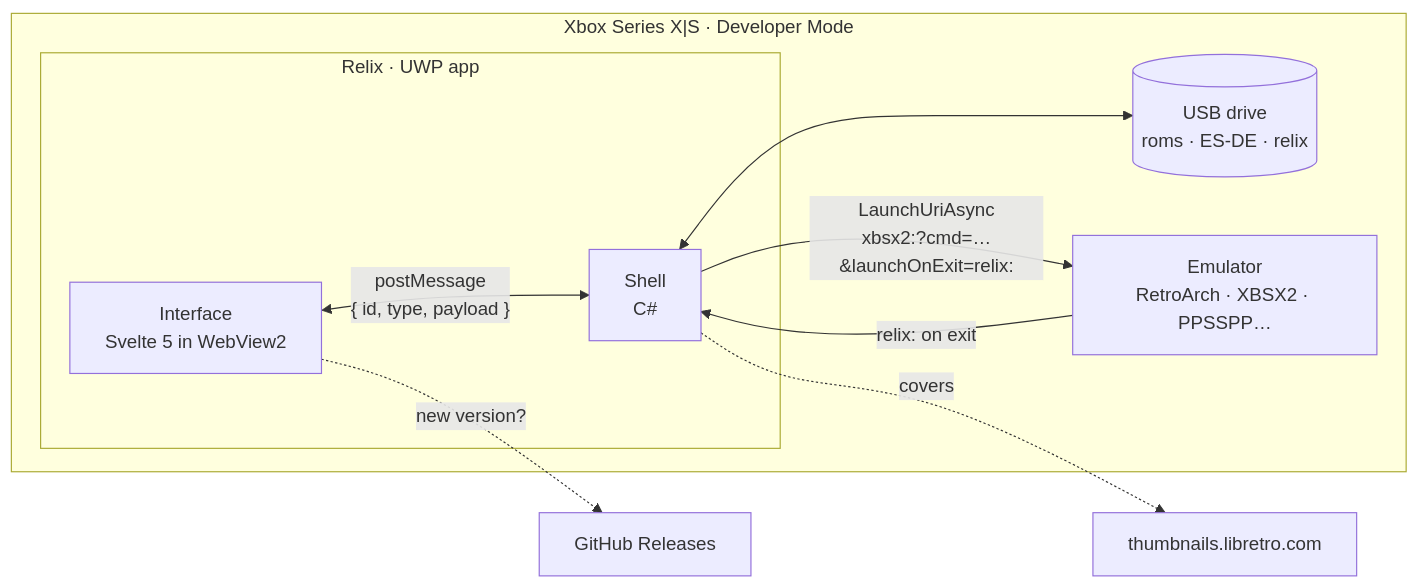
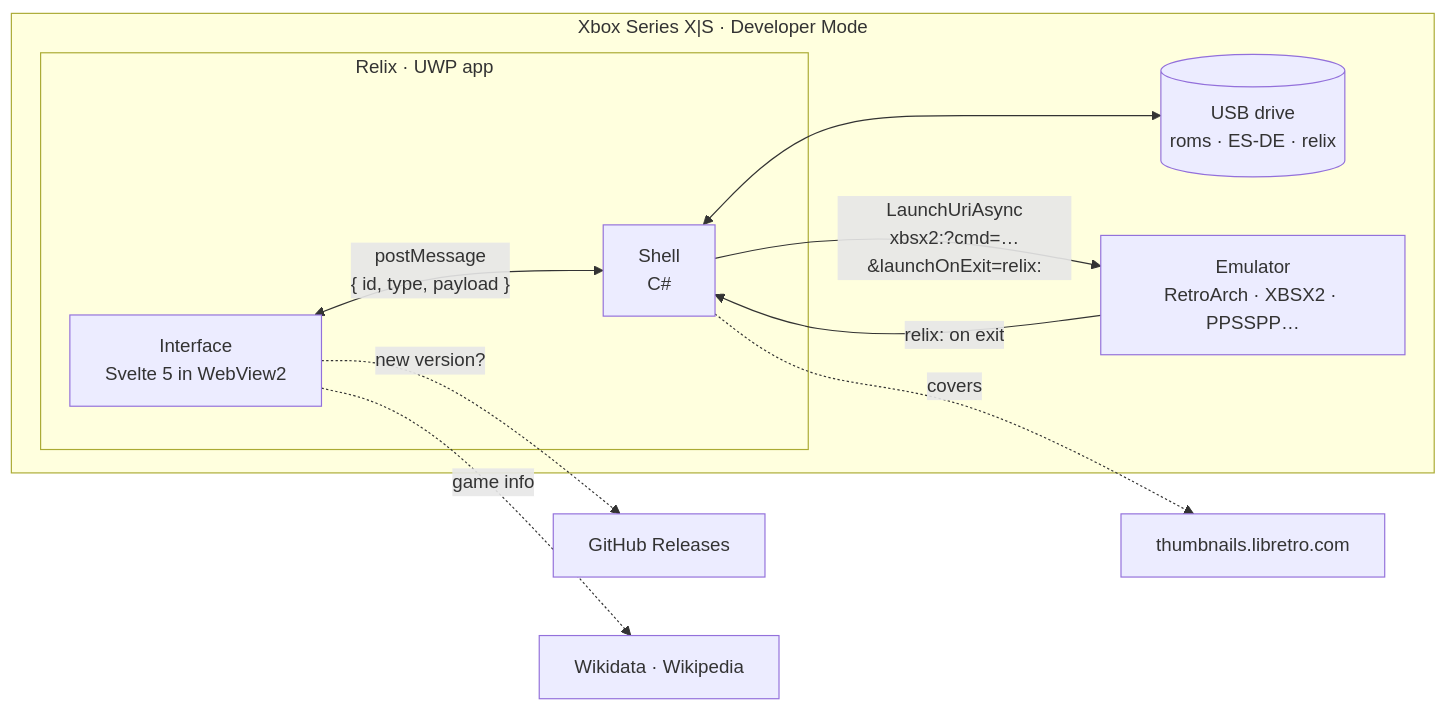
Before and after one commit to Snyker-fair/relix: the diagram in README.md, drawn with Mermaid. The commit also changed other lines of this file and 10 other files, not shown here.

````diff
--- a/README.md
+++ b/README.md
@@ -141,17 +147,18 @@
 ```mermaid
 flowchart LR
   subgraph xbox["Xbox Series X|S · Developer Mode"]
     subgraph app["Relix · UWP app"]
       ui["Interface<br/>Svelte 5 in WebView2"]
       shell["Shell<br/>C#"]
       ui <-->|"postMessage<br/>{ id, type, payload }"| shell
     end
     usb[("USB drive<br/>roms · ES-DE · relix")]
     emu["Emulator<br/>RetroArch · XBSX2 · PPSSPP…"]
     shell <--> usb
     shell -->|"LaunchUriAsync<br/>xbsx2:?cmd=…&launchOnExit=relix:"| emu
     emu -->|"relix: on exit"| shell
   end
   shell -.->|"covers"| libretro["thumbnails.libretro.com"]
   ui -.->|"new version?"| github["GitHub Releases"]
+  ui -.->|"game info"| wiki["Wikidata · Wikipedia"]
 ```
````
